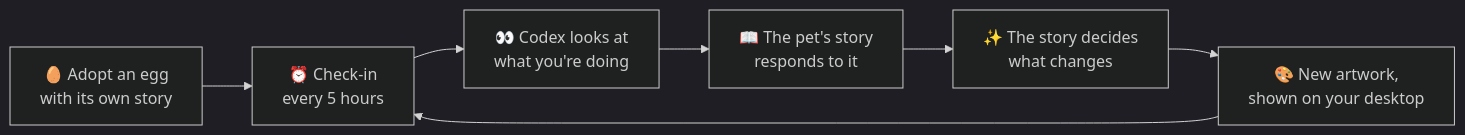
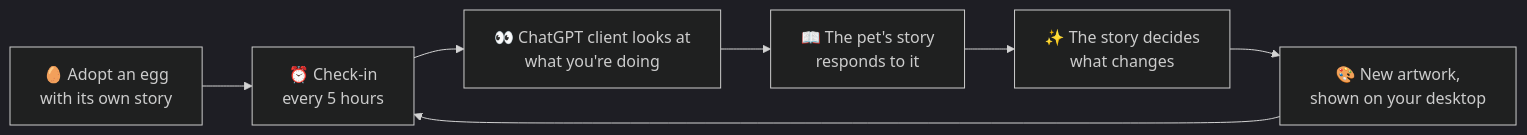
One commit to yate-ge/GenPet changed the diagram in README.md. Above: the diagram before and after it, drawn with Mermaid (dark theme). The commit also changed other lines of this file and 58 other files, not shown here.

````diff
--- a/README.md
+++ b/README.md
@@ -114,9 +120,9 @@
 ```mermaid
 flowchart LR
   A["🥚 Adopt an egg<br>with its own story"] --> B["⏰ Check-in<br>every 5 hours"]
-  B --> C["👀 Codex looks at<br>what you're doing"]
+  B --> C["👀 ChatGPT client looks at<br>what you're doing"]
   C --> D["📖 The pet's story<br>responds to it"]
   D --> E["✨ The story decides<br>what changes"]
   E --> F["🎨 New artwork,<br>shown on your desktop"]
   F --> B
 ```
````
